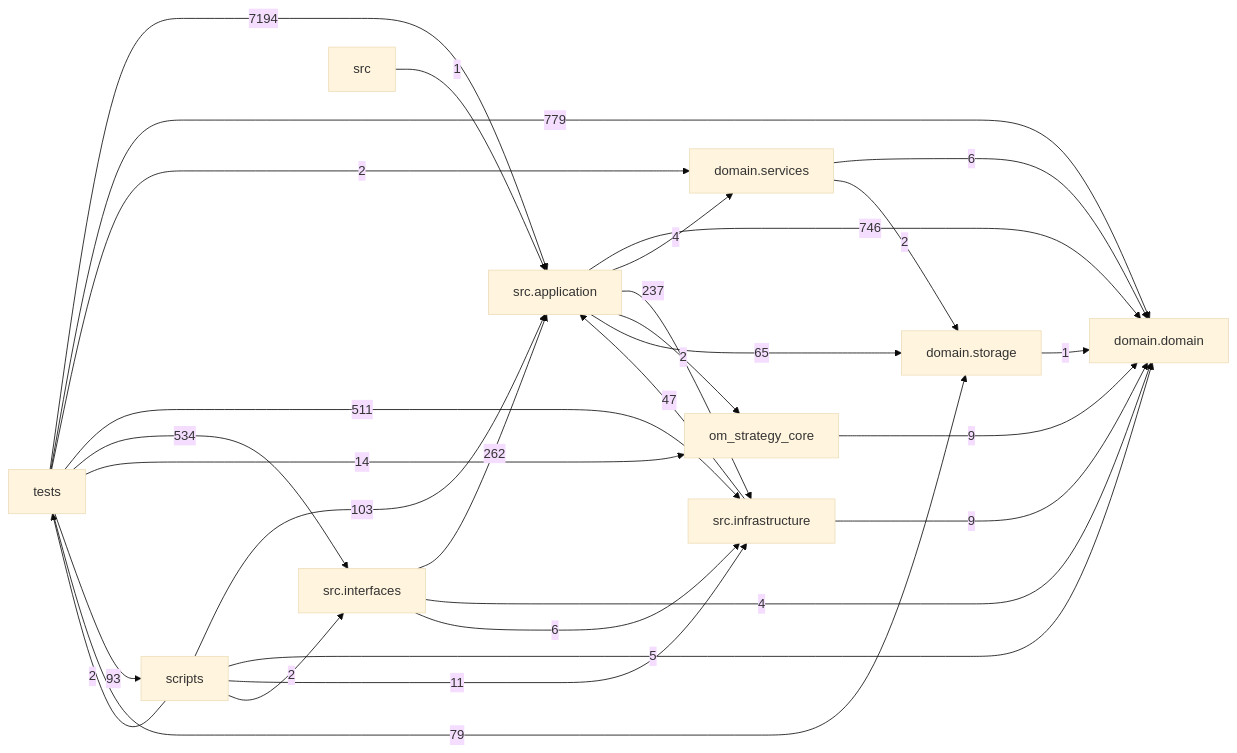
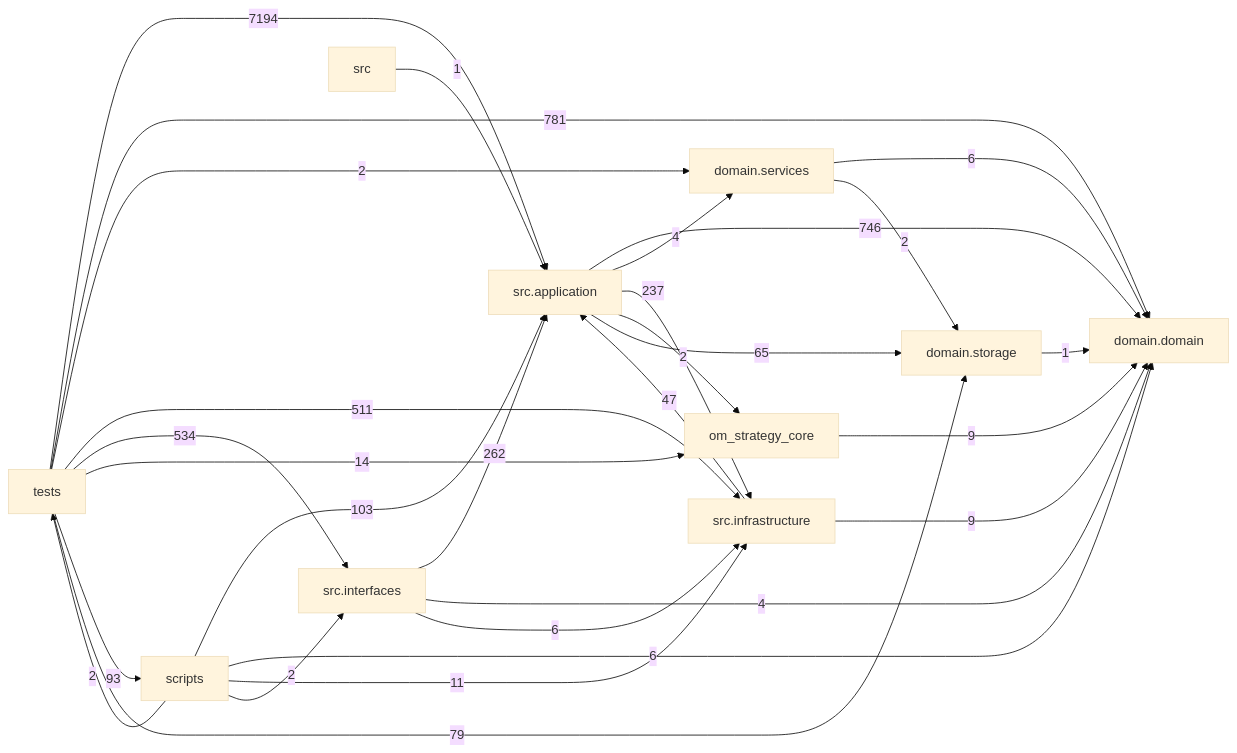
Before and after one commit to liuxie066/options-monitor: the diagram in docs/DEPENDENCY_GRAPH.md, drawn with Mermaid (base theme). The commit also changed other lines of this file and 7 other files, not shown here.

````diff
--- a/docs/DEPENDENCY_GRAPH.md
+++ b/docs/DEPENDENCY_GRAPH.md
@@ -24,39 +24,39 @@
 ```mermaid
 flowchart LR
   tests["tests"]
   scripts["scripts"]
   interfaces["src.interfaces"]
   application["src.application"]
   infrastructure["src.infrastructure"]
   domain_services["domain.services"]
   domain["domain.domain"]
   storage["domain.storage"]
   application -->|746| domain
   application -->|4| domain_services
   application -->|237| infrastructure
   application -->|2| om_strategy_core
   application -->|65| storage
   domain_services -->|6| domain
   domain_services -->|2| storage
   infrastructure -->|47| application
   infrastructure -->|9| domain
   interfaces -->|262| application
   interfaces -->|4| domain
   interfaces -->|6| infrastructure
   om_strategy_core -->|9| domain
   scripts -->|103| application
-  scripts -->|5| domain
+  scripts -->|6| domain
   scripts -->|11| infrastructure
   scripts -->|2| interfaces
   scripts -->|2| tests
   src -->|1| application
   storage -->|1| domain
   tests -->|7194| application
-  tests -->|779| domain
+  tests -->|781| domain
   tests -->|2| domain_services
   tests -->|511| infrastructure
   tests -->|534| interfaces
   tests -->|14| om_strategy_core
   tests -->|93| scripts
   tests -->|79| storage
 ```
````
